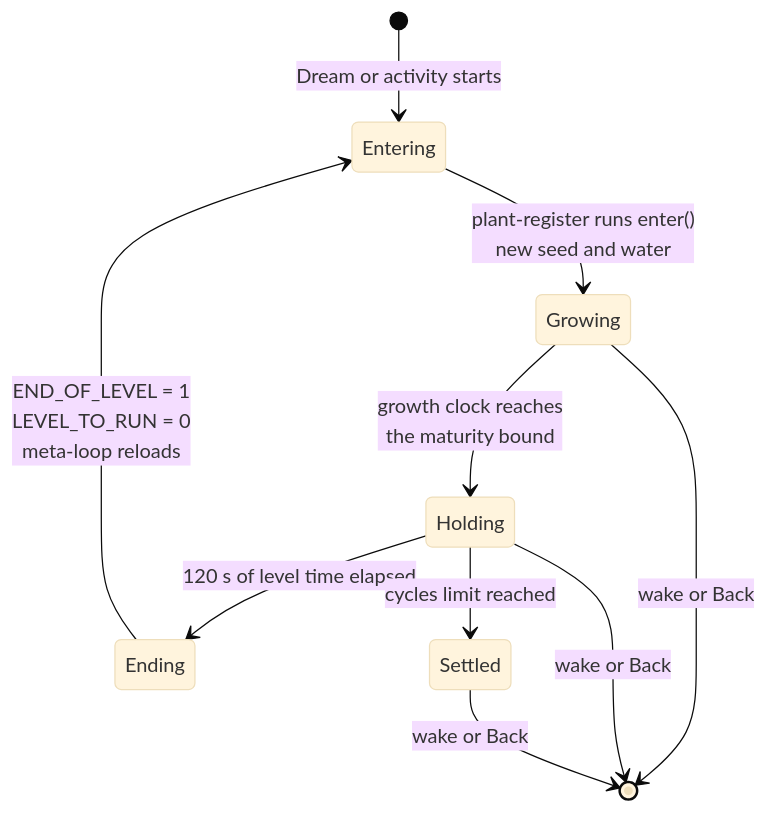
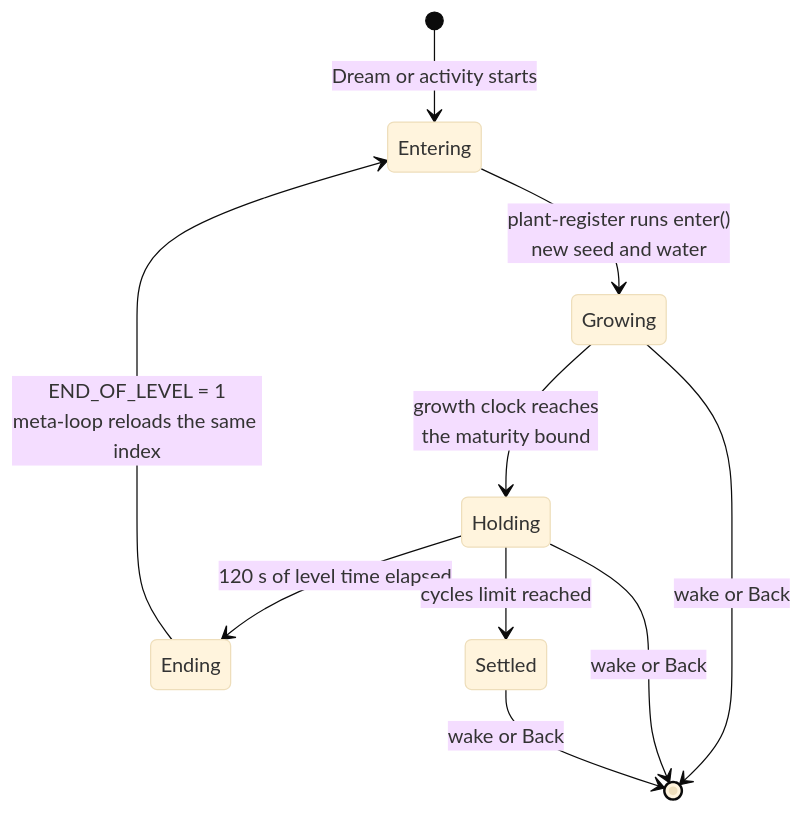
Before and after one commit to wbniv/WorldFoundry: the first of 3 diagrams in docs/plans/2026-10-21-planted-tank-screensaver.md, drawn with Mermaid (base theme). The commit also changed other lines of this file and 3 other files, not shown here.

````diff
--- a/docs/plans/2026-10-21-planted-tank-screensaver.md
+++ b/docs/plans/2026-10-21-planted-tank-screensaver.md
@@ -35,12 +35,12 @@
 ```mermaid
 stateDiagram-v2
     [*] --> Entering: Dream or activity starts
     Entering --> Growing: plant-register runs enter()<br/>new seed and water
     Growing --> Holding: growth clock reaches<br/>the maturity bound
     Holding --> Ending: 120 s of level time elapsed
-    Ending --> Entering: END_OF_LEVEL = 1<br/>LEVEL_TO_RUN = 0<br/>meta-loop reloads
+    Ending --> Entering: END_OF_LEVEL = 1<br/>meta-loop reloads the same index
     Holding --> Settled: cycles limit reached
     Growing --> [*]: wake or Back
     Holding --> [*]: wake or Back
     Settled --> [*]: wake or Back
 ```
````
